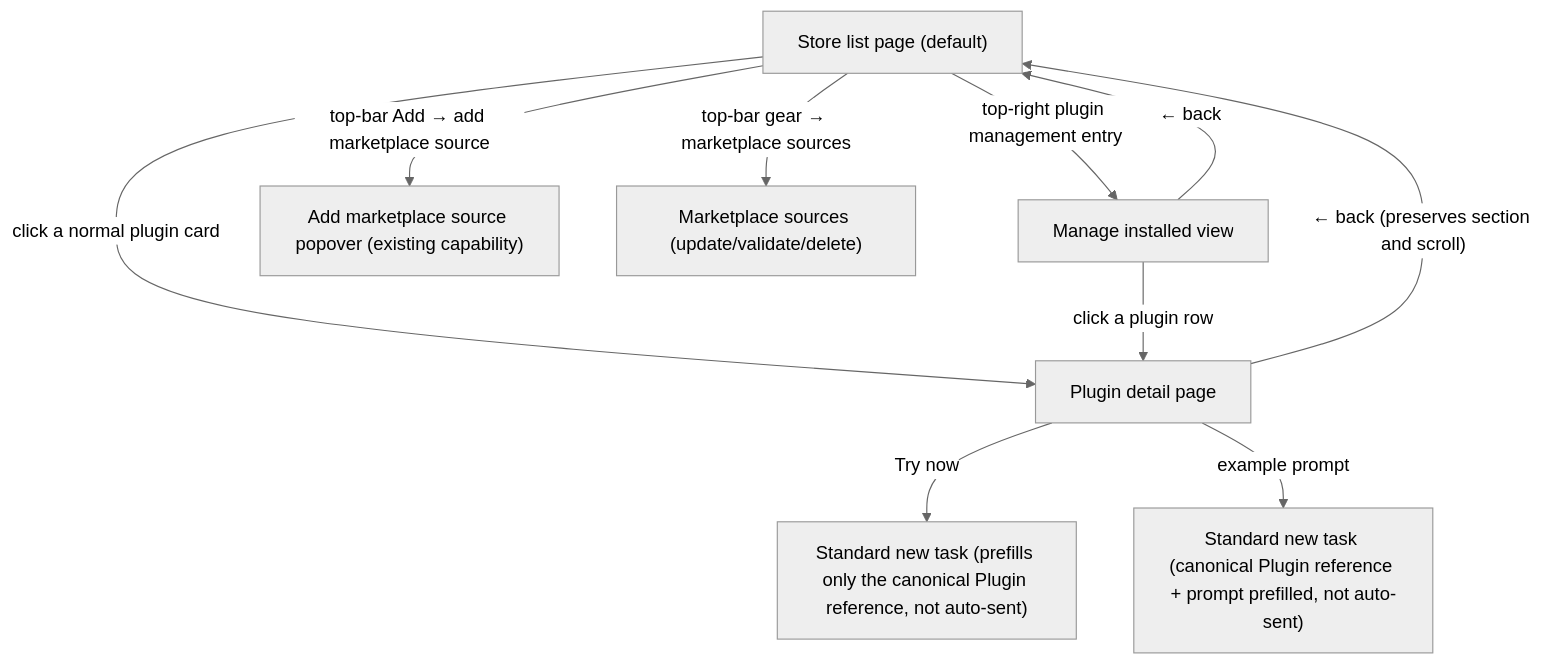
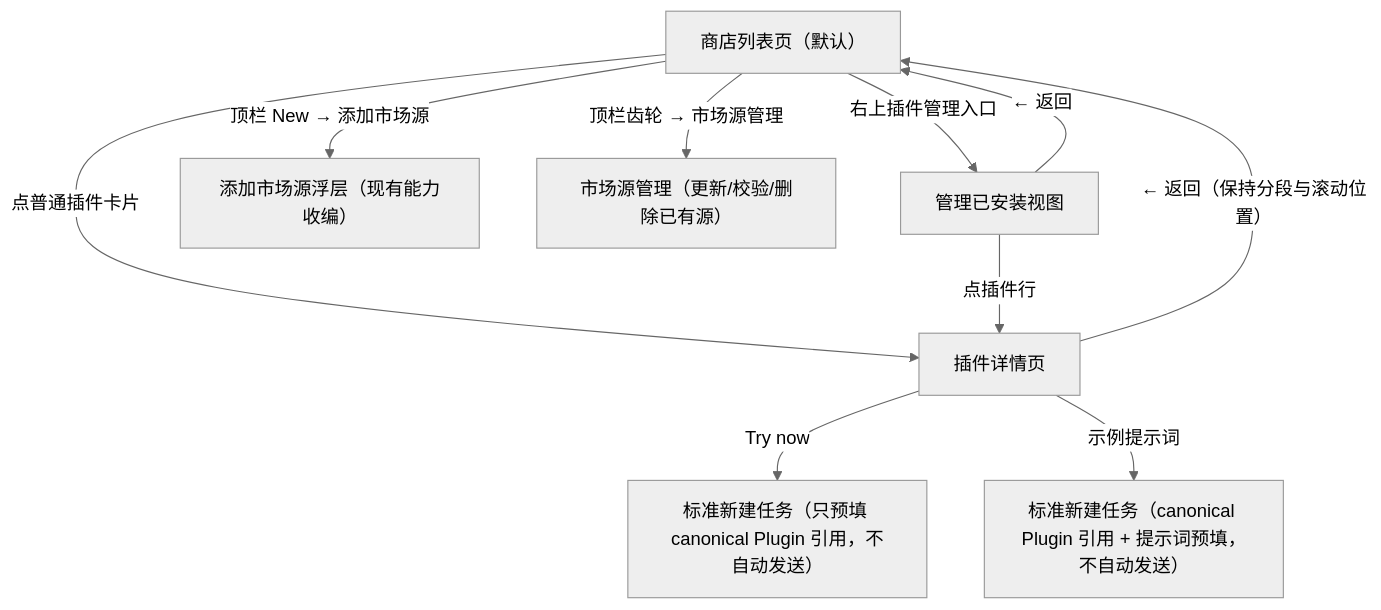
Before and after one commit to osben/ZCode: the first of 2 diagrams in docs/plugin-marketplace-ui-ux.md, drawn with Mermaid (neutral theme). The commit also changed other lines of this file and 5391 other files, not shown here.

````diff
--- a/docs/plugin-marketplace-ui-ux.md
+++ b/docs/plugin-marketplace-ui-ux.md
@@ -87,17 +109,17 @@
 ```mermaid
 flowchart TD
-    Store["Store list page (default)"]
-    Detail["Plugin detail page"]
-    Manage["Manage installed view"]
+    Store["商店列表页（默认）"]
+    Detail["插件详情页"]
+    Manage["管理已安装视图"]
 
-    Store -- "click a normal plugin card" --> Detail
-    Detail -- "← back (preserves section and scroll)" --> Store
-    Store -- "top-right plugin management entry" --> Manage
-    Manage -- "← back" --> Store
-    Manage -- "click a plugin row" --> Detail
+    Store -- "点普通插件卡片" --> Detail
+    Detail -- "← 返回（保持分段与滚动位置）" --> Store
+    Store -- "右上插件管理入口" --> Manage
+    Manage -- "← 返回" --> Store
+    Manage -- "点插件行" --> Detail
 
-    Store -- "top-bar Add → add marketplace source" --> AddSource["Add marketplace source popover (existing capability)"]
-    Store -- "top-bar gear → marketplace sources" --> Sources["Marketplace sources (update/validate/delete)"]
-    Detail -- "Try now" --> NewPluginDraft["Standard new task (prefills only the canonical Plugin reference, not auto-sent)"]
-    Detail -- "example prompt" --> NewPromptDraft["Standard new task (canonical Plugin reference + prompt prefilled, not auto-sent)"]
+    Store -- "顶栏 New → 添加市场源" --> AddSource["添加市场源浮层（现有能力收编）"]
+    Store -- "顶栏齿轮 → 市场源管理" --> Sources["市场源管理（更新/校验/删除已有源）"]
+    Detail -- "Try now" --> NewPluginDraft["标准新建任务（只预填 canonical Plugin 引用，不自动发送）"]
+    Detail -- "示例提示词" --> NewPromptDraft["标准新建任务（canonical Plugin 引用 + 提示词预填，不自动发送）"]
 ```
````
